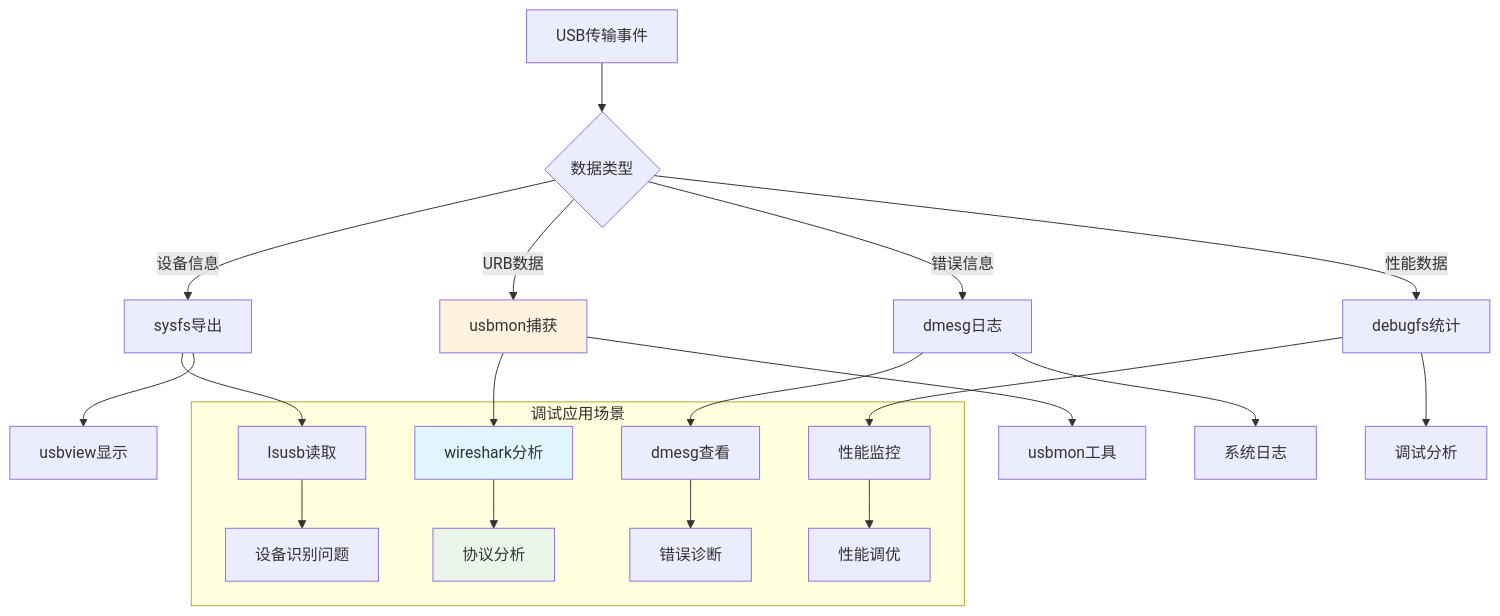
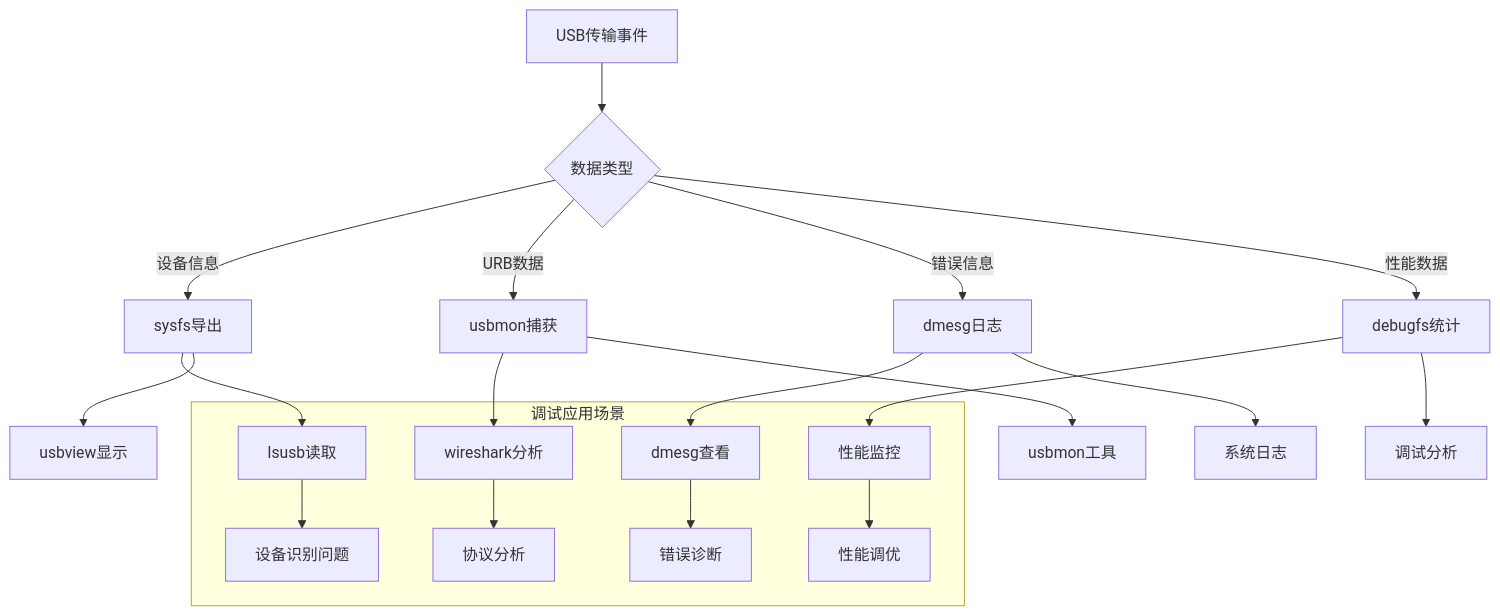
Before and after one commit to TbusOS/usb-learn: diagram 21 of 21 in 08-USB架构图和流程图-可视化版.md, drawn with Mermaid. The commit also changed other lines of this file and 1 other file, not shown here.

````diff
--- a/08-USB架构图和流程图-可视化版.md
+++ b/08-USB架构图和流程图-可视化版.md
@@ -879,32 +852,30 @@
 ```mermaid
 flowchart TD
     A[USB传输事件] --> B{数据类型}
     
     B --> |设备信息| C[sysfs导出]
     B --> |URB数据| D[usbmon捕获]
     B --> |错误信息| E[dmesg日志]
     B --> |性能数据| F[debugfs统计]
     
     C --> G1[lsusb读取]
     C --> G2[usbview显示]
     
     D --> H1[wireshark分析]
     D --> H2[usbmon工具]
     
     E --> I1[dmesg查看]
     E --> I2[系统日志]
     
     F --> J1[性能监控]
     F --> J2[调试分析]
     
     subgraph "调试应用场景"
         G1 --> K1[设备识别问题]
         H1 --> K2[协议分析] 
         I1 --> K3[错误诊断]
         J1 --> K4[性能调优]
     end
     
-    style D fill:#fff3e0
-    style H1 fill:#e1f5fe
-    style K2 fill:#e8f5e8
+
 ```
````
